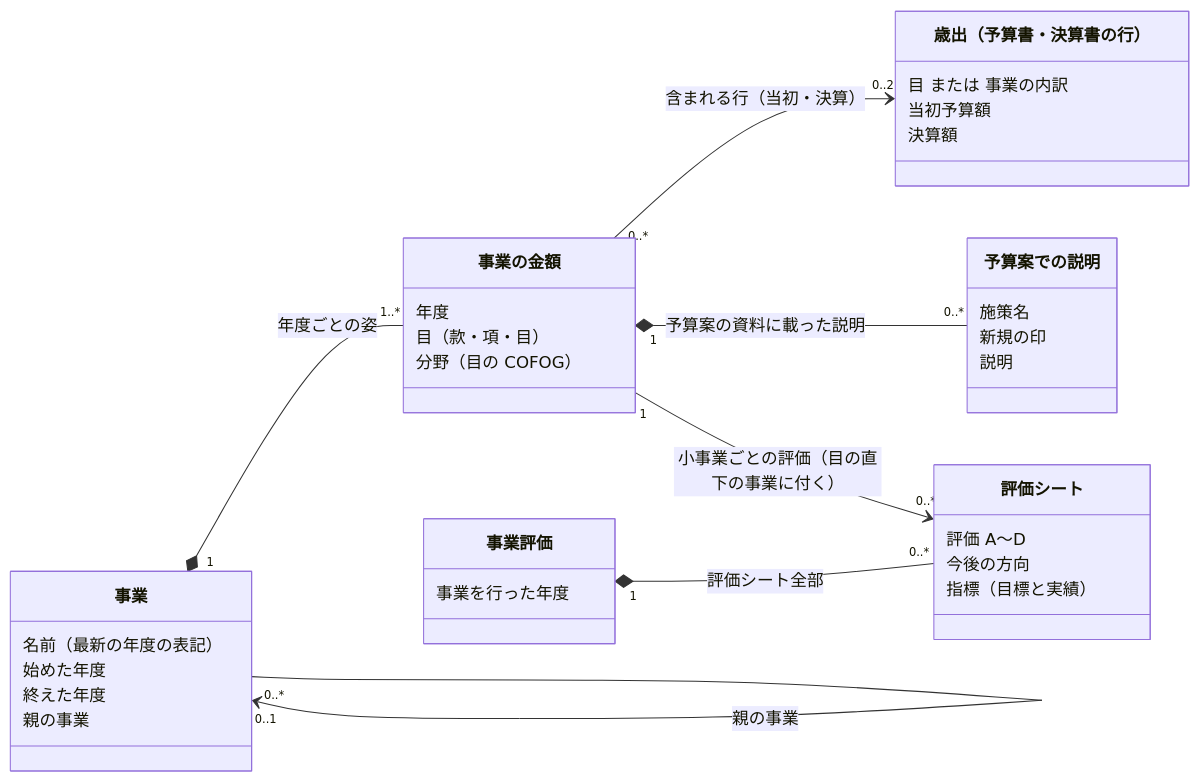
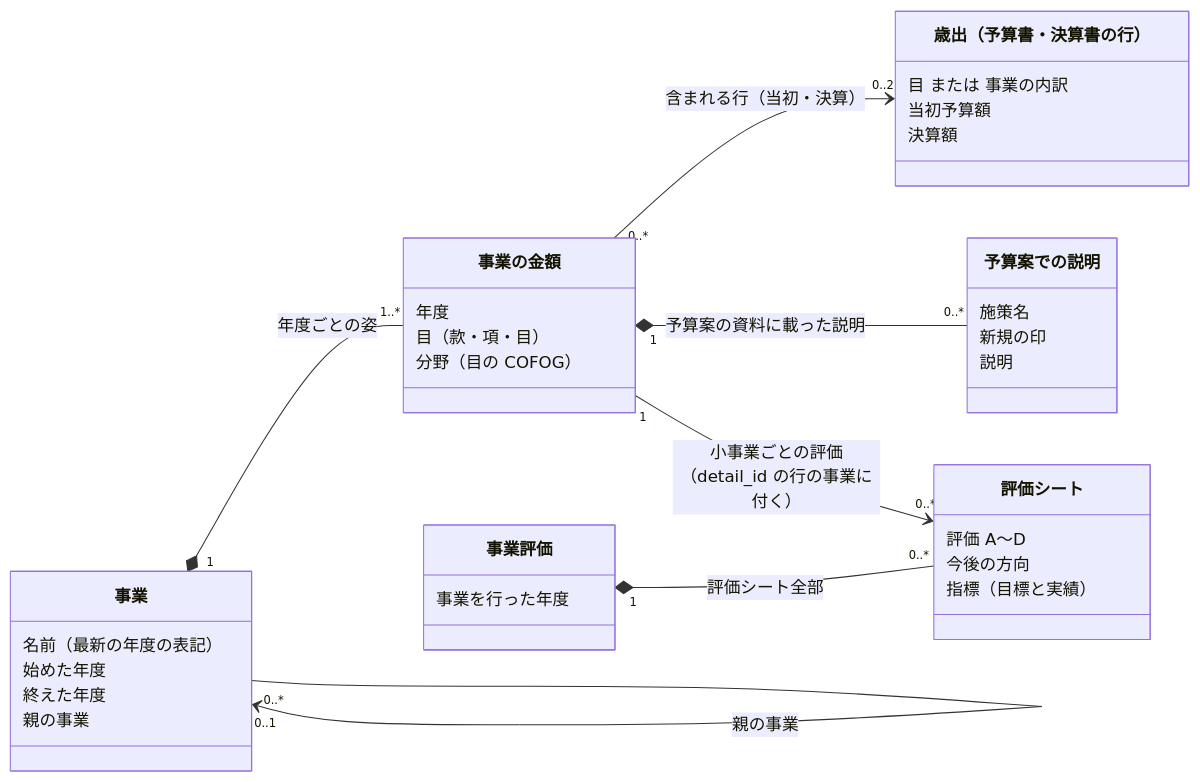
One commit to fudoki-hensansitu/fudoki changed the diagram in docs/prd/jurisdiction-page-data/project-domain-model.md. Above: the diagram before and after it, drawn with Mermaid. The commit also changed other lines of this file, not shown here.

First line of the commit message:
docs: 年度ごとの末端、目の無い項、detail_id の当て先と同点の決め方を書く

````diff
--- a/docs/prd/jurisdiction-page-data/project-domain-model.md
+++ b/docs/prd/jurisdiction-page-data/project-domain-model.md
@@ -17,39 +17,39 @@
 ```mermaid
 classDiagram
     direction LR
     class Project["事業"] {
         名前（最新の年度の表記）
         始めた年度
         終えた年度
         親の事業
     }
     class ProjectYear["事業の金額"] {
         年度
         目（款・項・目）
         分野（目の COFOG）
     }
     class Briefing["予算案での説明"] {
         施策名
         新規の印
         説明
     }
     class Expenditure["歳出（予算書・決算書の行）"] {
         目 または 事業の内訳
         当初予算額
         決算額
     }
     class EvaluationRoot["事業評価"] {
         事業を行った年度
     }
     class Evaluation["評価シート"] {
         評価 A〜D
         今後の方向
         指標（目標と実績）
     }
     Project "1" *-- "1..*" ProjectYear : 年度ごとの姿
     Project "0..1" <-- "0..*" Project : 親の事業
     ProjectYear "0..*" --> "0..2" Expenditure : 含まれる行（当初・決算）
     EvaluationRoot "1" *-- "0..*" Evaluation : 評価シート全部
-    ProjectYear "1" --> "0..*" Evaluation : 小事業ごとの評価（目の直下の事業に付く）
+    ProjectYear "1" --> "0..*" Evaluation : 小事業ごとの評価（detail_id の行の事業に付く）
     ProjectYear "1" *-- "0..*" Briefing : 予算案の資料に載った説明
 ```
````
